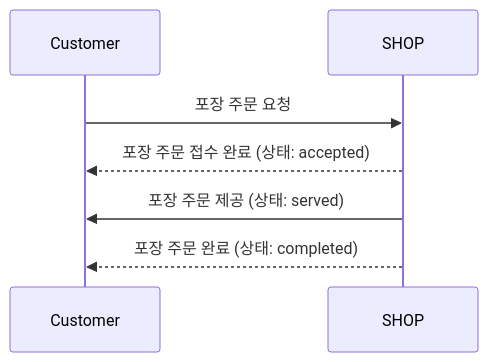
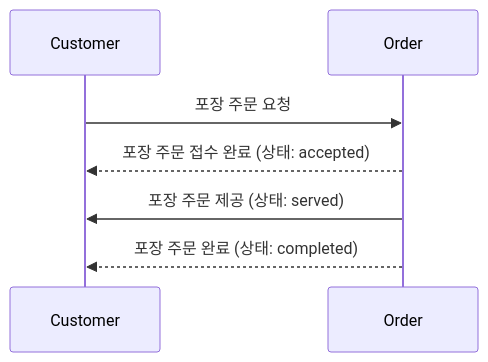
The eighth of 8 diagrams in README.md (Whale0928/ddd-strategic-design), drawn with Mermaid before and after one commit. The commit also changed other lines of this file and 80 other files, not shown here.

````diff
--- a/README.md
+++ b/README.md
@@ -351,9 +351,9 @@
 ```mermaid
 sequenceDiagram
     participant Customer
-    participant SHOP
-    Customer ->> SHOP: 포장 주문 요청
-    SHOP -->> Customer: 포장 주문 접수 완료 (상태: accepted)
-    SHOP ->> Customer: 포장 주문 제공 (상태: served)
-    SHOP -->> Customer: 포장 주문 완료 (상태: completed)
+    participant Order
+    Customer ->> Order: 포장 주문 요청
+    Order -->> Customer: 포장 주문 접수 완료 (상태: accepted)
+    Order ->> Customer: 포장 주문 제공 (상태: served)
+    Order -->> Customer: 포장 주문 완료 (상태: completed)
 ```
````
